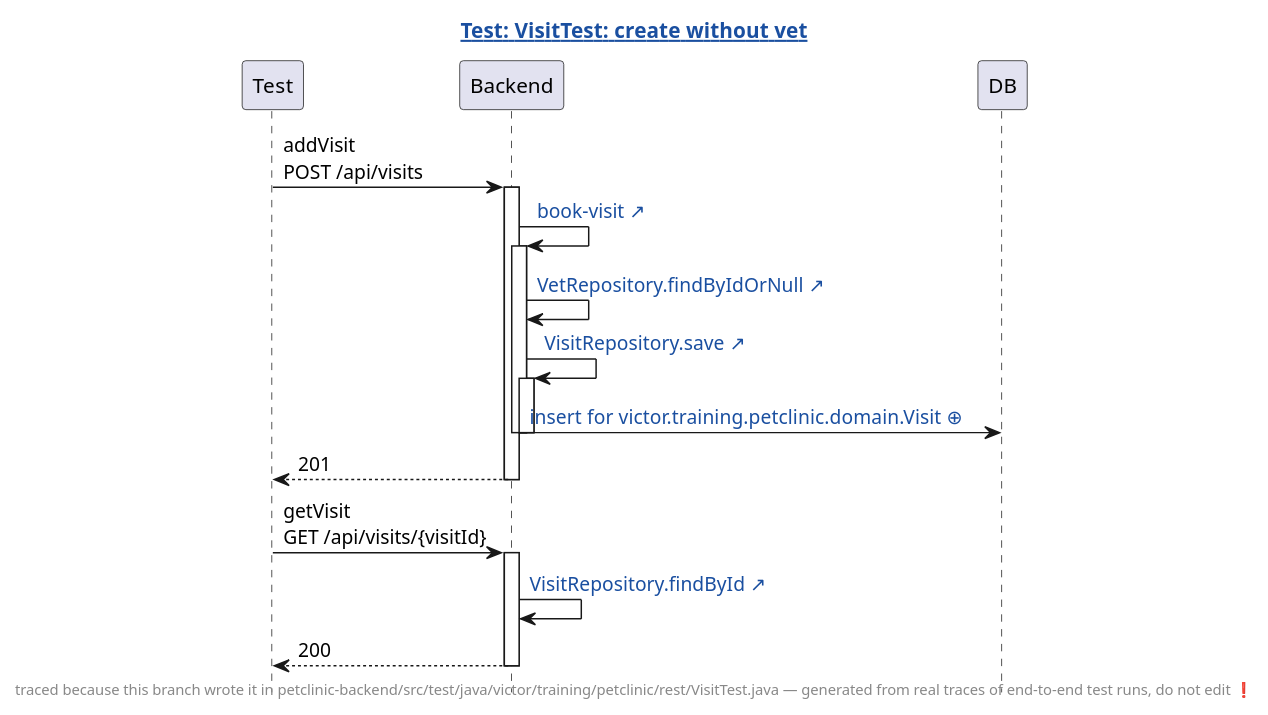
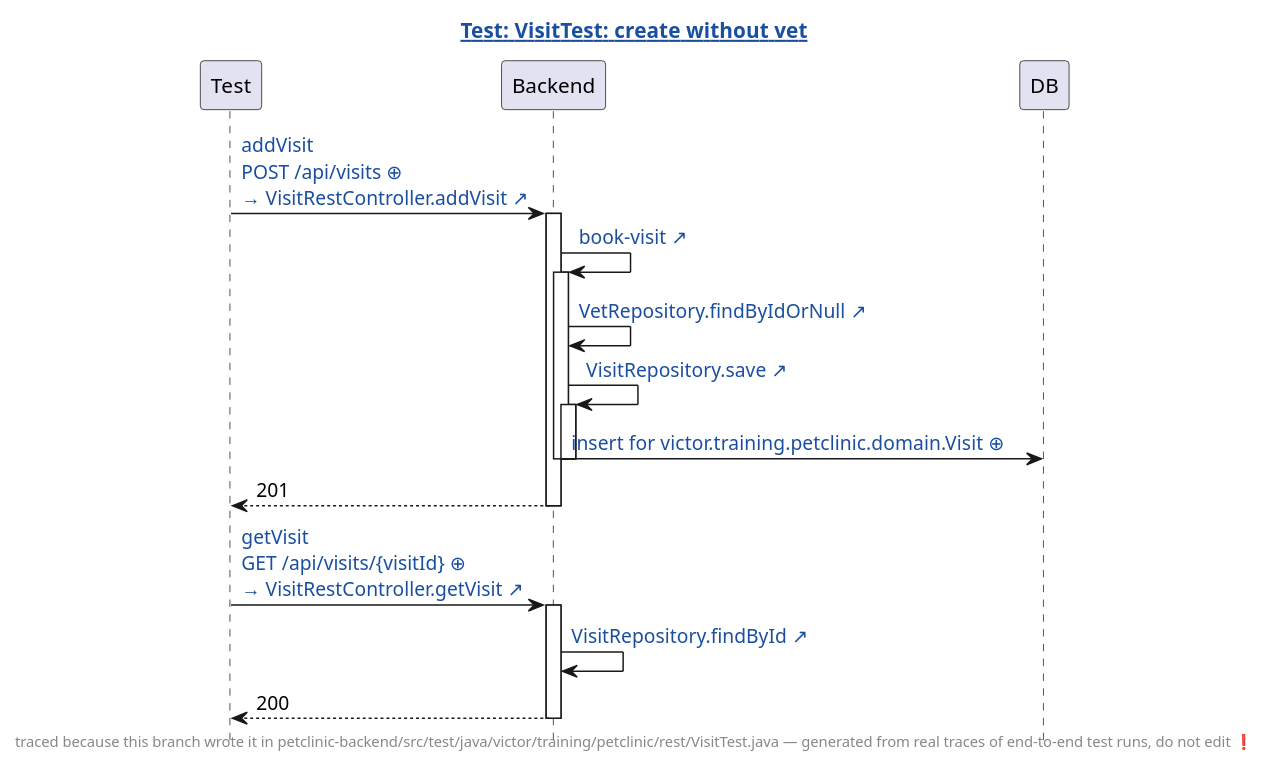
One commit to victorrentea/human-review changed the diagram in demo/demo/assets/diagrams/petclinic-test_generated_VisitTest.java.create-without-vet.genseq.diff.puml. Above: the diagram before and after it, drawn with PlantUML. The commit also changed 142 other files, not shown here.

```diff
--- a/demo/demo/assets/diagrams/petclinic-test_generated_VisitTest.java.create-without-vet.genseq.diff.puml
+++ b/demo/demo/assets/diagrams/petclinic-test_generated_VisitTest.java.create-without-vet.genseq.diff.puml
@@ -1,30 +1,30 @@
 @startuml
 ' ⚠️  GENERATED FILE — DO NOT EDIT. Every edit is lost on the next run.
 hide footbox
 skinparam hyperlinkUnderline false
 skinparam hyperlinkColor #1A4FA0
 skinparam sequenceGroupFontColor #888888
 skinparam sequenceGroupFontStyle plain
 title [[src://petclinic-backend/src/test/java/victor/training/petclinic/rest/VisitTest.java:256{Click to open the test} Test: VisitTest: create without vet]]
 footer traced because this branch wrote it in petclinic-backend/src/test/java/victor/training/petclinic/rest/VisitTest.java — generated from real traces of end-to-end test runs, do not edit ❗
 participant Test
 participant Backend
 participant DB
-Test -> Backend: addVisit\nPOST /api/visits
+Test -> Backend: [[genseq://0rymiqj{Click for the request as it was sent} addVisit\nPOST /api/visits ⊕]]\n[[src://petclinic-backend/src/main/java/victor/training/petclinic/rest/VisitRestController.java:59{Click to open VisitRestController.addVisit} → VisitRestController.addVisit ↗]]
 activate Backend
 Backend -> Backend: [[src://petclinic-backend/src/main/java/victor/training/petclinic/rest/VisitRestController.java:72{Click to open VisitRestController.bookVisit} book-visit ↗]]
 activate Backend
 Backend -> Backend: [[src://petclinic-backend/src/main/java/victor/training/petclinic/repository/VetRepository.java:19{Click to open VetRepository.findByIdOrNull} VetRepository.findByIdOrNull ↗]]
 Backend -> Backend: [[src://petclinic-backend/src/main/java/victor/training/petclinic/repository/VisitRepository.java:14{Click to open VisitRepository.save} VisitRepository.save ↗]]
 activate Backend
-Backend -> DB: [[genseq://0eap25x{Click for the statement behind this call} insert for victor.training.petclinic.domain.Visit ⊕]]
+Backend -> DB: [[genseq://1k65kuu{Click for the statement behind this call} insert for victor.training.petclinic.domain.Visit ⊕]]
 deactivate Backend
 deactivate Backend
 Backend --> Test: 201
 deactivate Backend
-Test -> Backend: getVisit\nGET /api/visits/{visitId}
+Test -> Backend: [[genseq://1bi9ngw{Click for the request as it was sent} getVisit\nGET /api/visits/{visitId} ⊕]]\n[[src://petclinic-backend/src/main/java/victor/training/petclinic/rest/VisitRestController.java:53{Click to open VisitRestController.getVisit} → VisitRestController.getVisit ↗]]
 activate Backend
 Backend -> Backend: [[src://petclinic-backend/src/main/java/victor/training/petclinic/repository/VisitRepository.java:12{Click to open VisitRepository.findById} VisitRepository.findById ↗]]
 Backend --> Test: 200
 deactivate Backend
 @enduml
```
